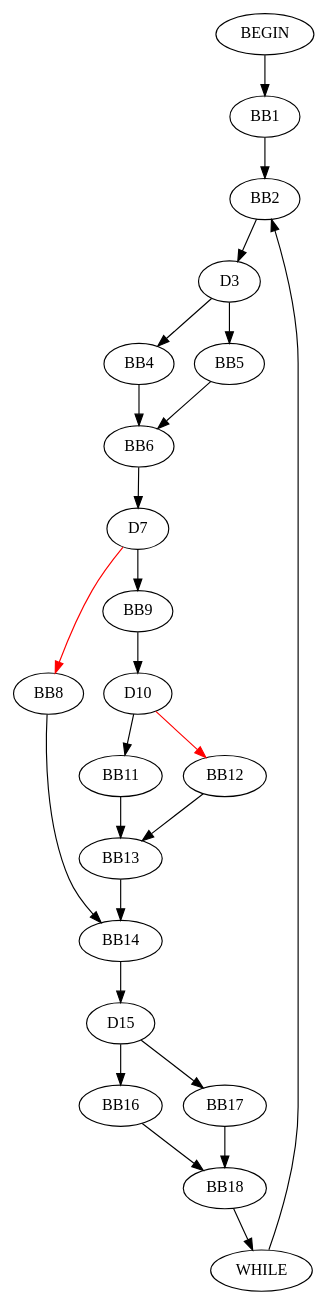
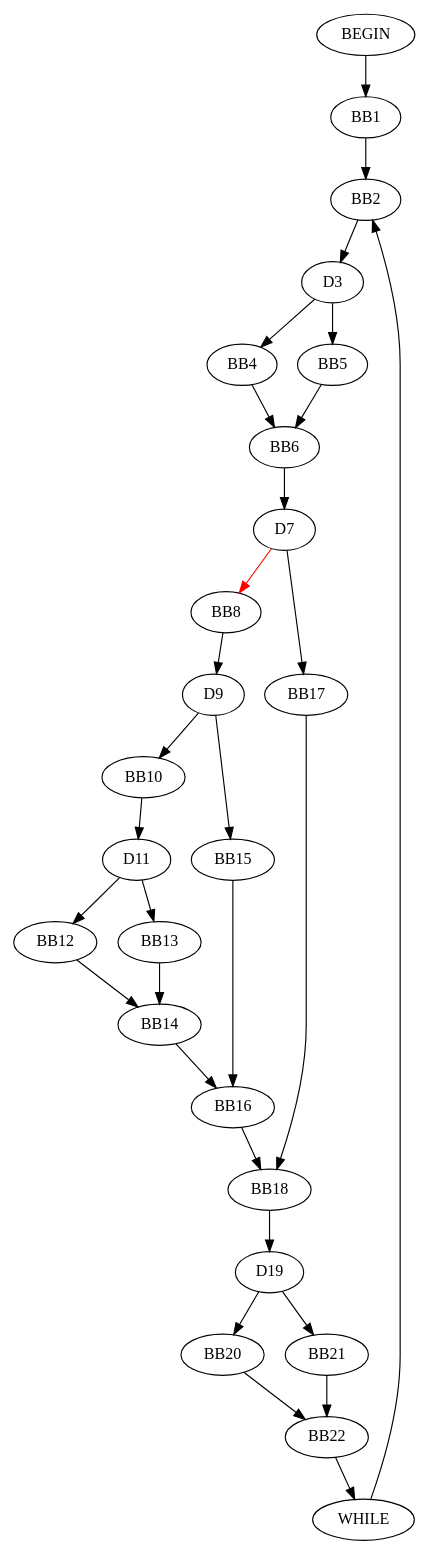
One commit to sujitkc/symtest changed the diagram in resources/cfg.dot. Above: the diagram before and after it, drawn with Graphviz. The commit also changed 5 other files, not shown here.

```diff
--- a/resources/cfg.dot
+++ b/resources/cfg.dot
@@ -1,1 +1,1 @@
-digraph G {BEGIN->BB1;BB1->BB2;WHILE->BB2;BB2->D3;D3->BB4;D3->BB5;BB4->BB6;BB5->BB6;BB6->D7;D7->BB8[color=red, pendwidth=3.0];D7->BB9;BB9->D10;D10->BB11;D10->BB12[color=red, pendwidth=3.0];BB11->BB13;BB12->BB13;BB8->BB14;BB13->BB14;BB14->D15;D15->BB16;D15->BB17;BB16->BB18;BB17->BB18;BB18->WHILE;}
+digraph G {BEGIN->BB1;BB1->BB2;WHILE->BB2;BB2->D3;D3->BB4;D3->BB5;BB4->BB6;BB5->BB6;BB6->D7;D7->BB8[color=red, pendwidth=3.0];BB8->D9;D9->BB10;BB10->D11;D11->BB12;D11->BB13;BB12->BB14;BB13->BB14;D9->BB15;BB14->BB16;BB15->BB16;D7->BB17;BB16->BB18;BB17->BB18;BB18->D19;D19->BB20;D19->BB21;BB20->BB22;BB21->BB22;BB22->WHILE;}
```
